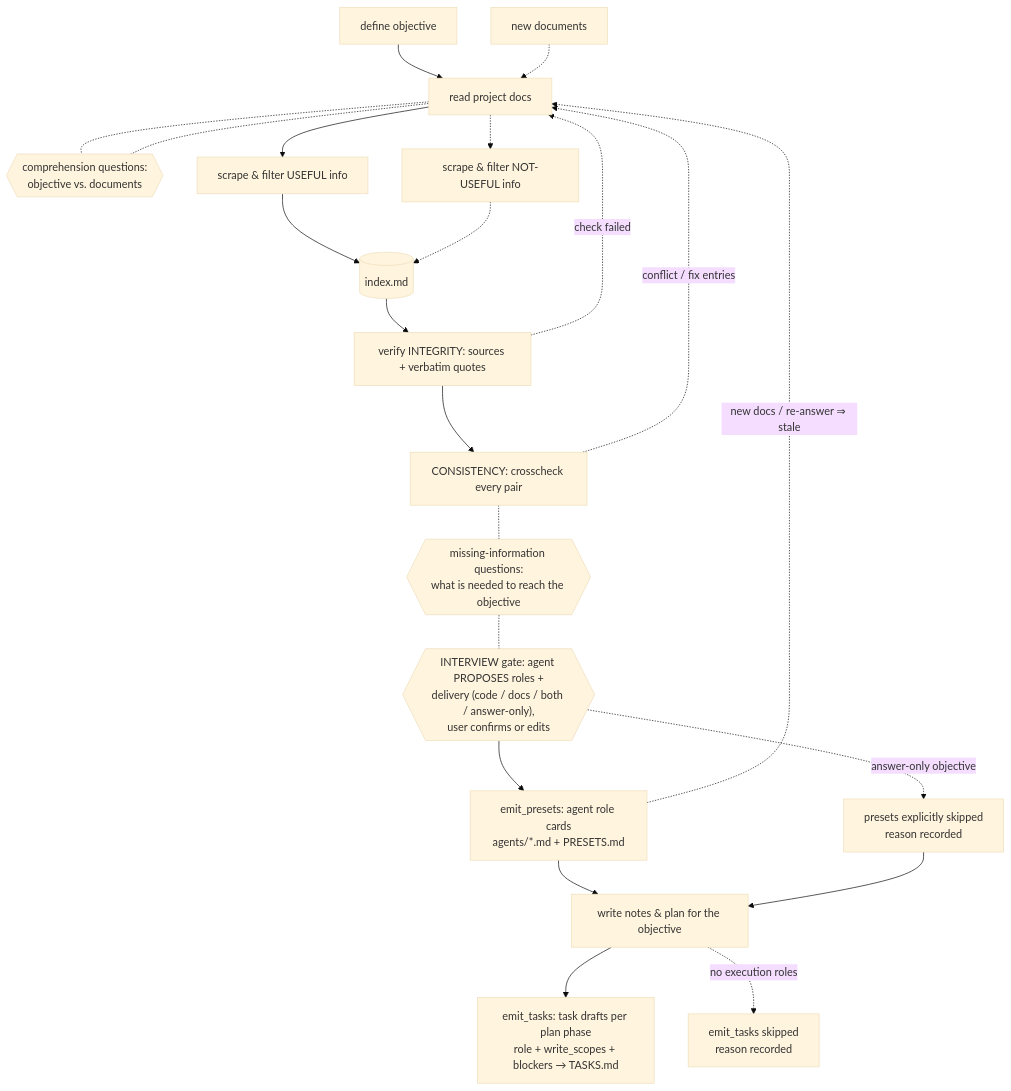
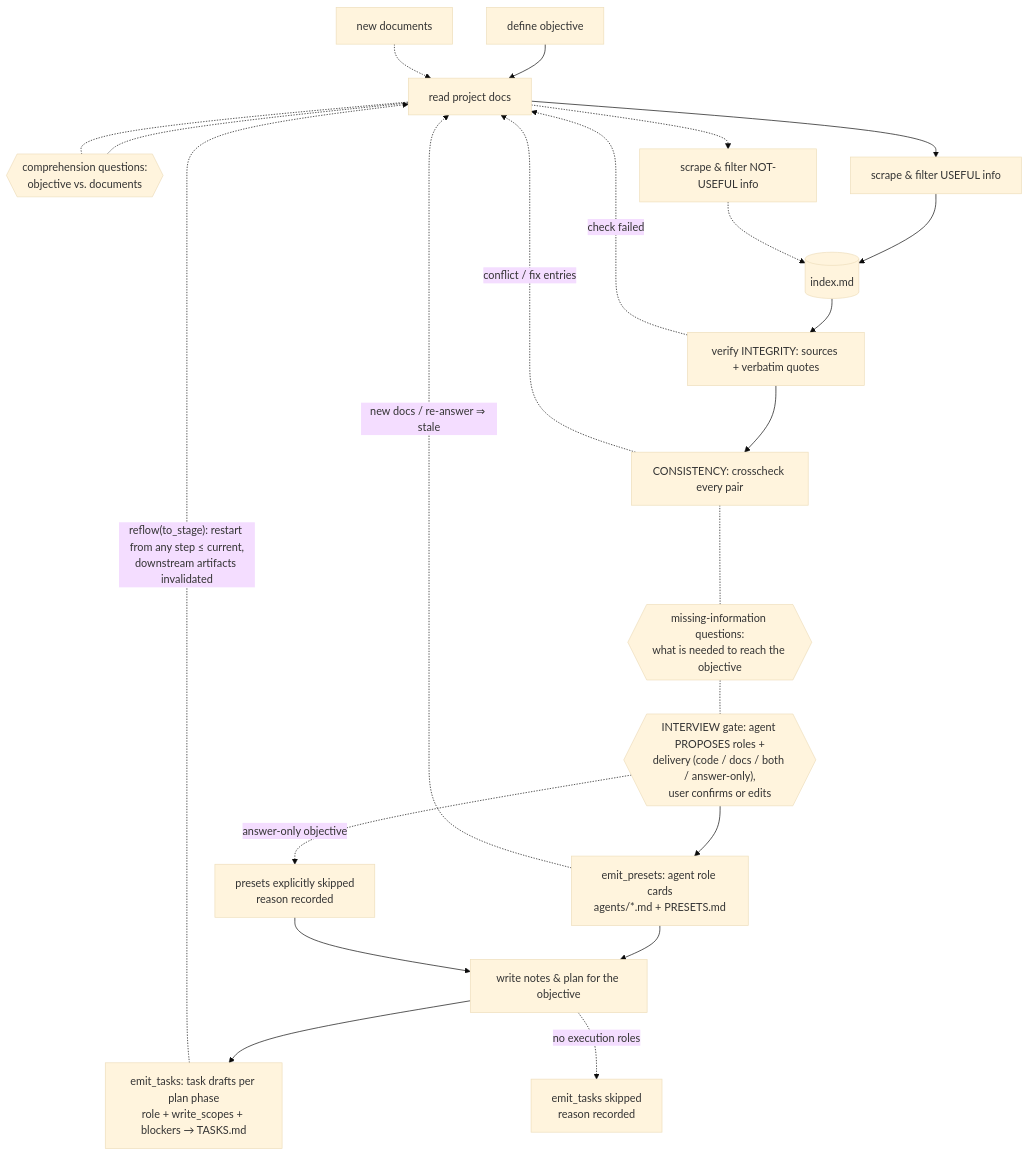
One commit to b-iurea/dsh-doc-workflow changed the diagram in README.md. Above: the diagram before and after it, drawn with Mermaid (base theme). The commit also changed other lines of this file and 5 other files, not shown here.

First line of the commit message:
v1.3.1: reflow — restart from any upstream step with per-target invalidation + panel auto-restart

````diff
--- a/README.md
+++ b/README.md
@@ -9,24 +9,25 @@
 ```mermaid
 flowchart TD
     A[define objective] --> B[read project docs]
     N[new documents] -.-> B
     B -.- Q1{{"comprehension questions:<br>objective vs. documents"}}
     Q1 -.- B
     B --> C[scrape & filter USEFUL info]
     B -.-> D[scrape & filter NOT-USEFUL info]
     C --> E[(index.md)]
     D -.-> E
     E --> F[verify INTEGRITY: sources + verbatim quotes]
     F -. check failed .-> B
     F --> K[CONSISTENCY: crosscheck every pair]
     K -. conflict / fix entries .-> B
     K -.- Q2{{"missing-information questions:<br>what is needed to reach the objective"}}
     Q2 -.- I{{"INTERVIEW gate: agent PROPOSES roles +<br>delivery (code / docs / both / answer-only),<br>user confirms or edits"}}
     I --> P[emit_presets: agent role cards<br>agents/*.md + PRESETS.md]
     I -. "answer-only objective" .-> S[presets explicitly skipped<br>reason recorded]
     P --> G[write notes & plan for the objective]
     S --> G
     G --> T[emit_tasks: task drafts per plan phase<br>role + write_scopes + blockers → TASKS.md]
     G -. "no execution roles" .-> U[emit_tasks skipped<br>reason recorded]
     P -. "new docs / re-answer ⇒ stale" .-> B
+    T -. "reflow(to_stage): restart from any step ≤ current,<br>downstream artifacts invalidated" .-> B
 ```
````
